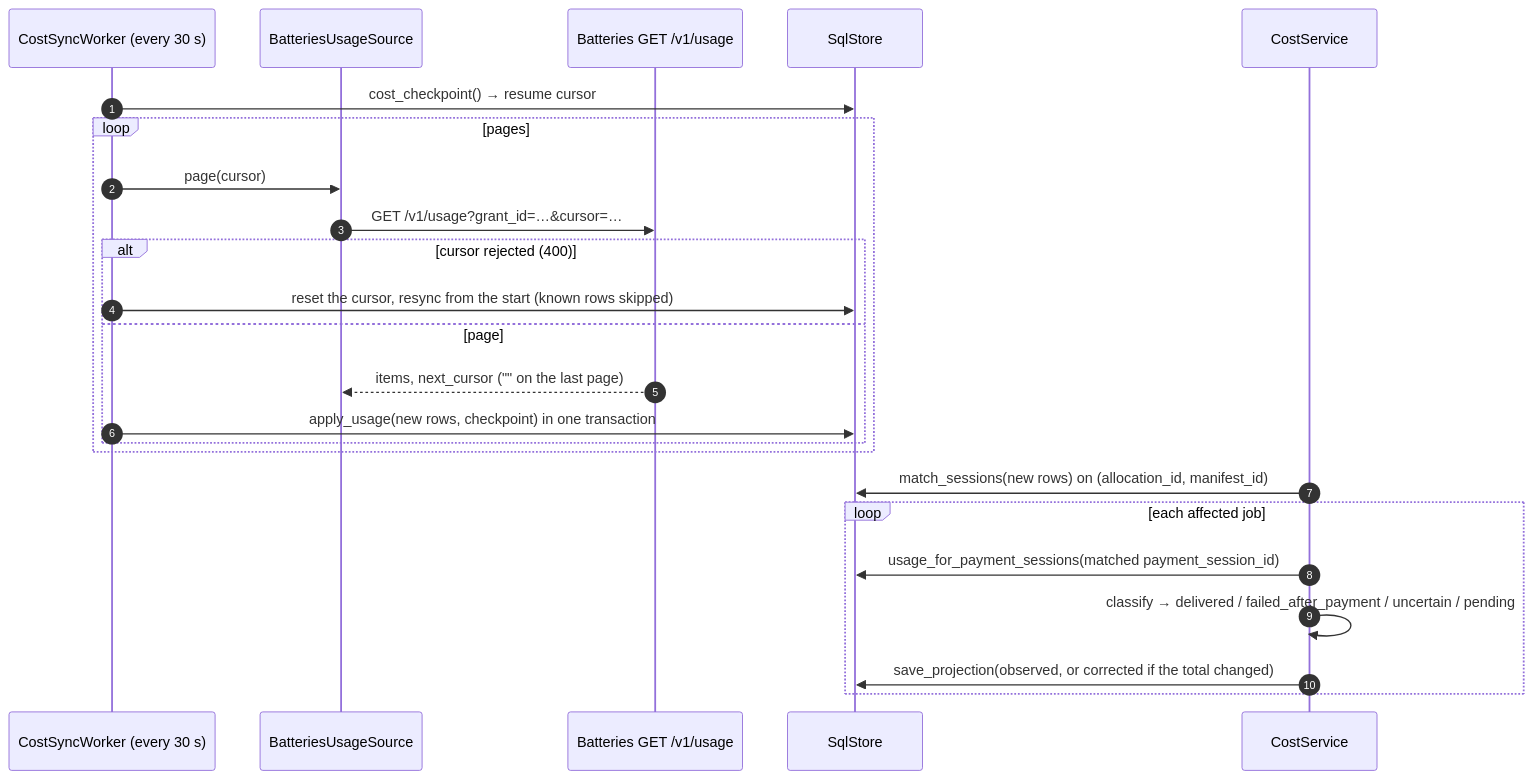
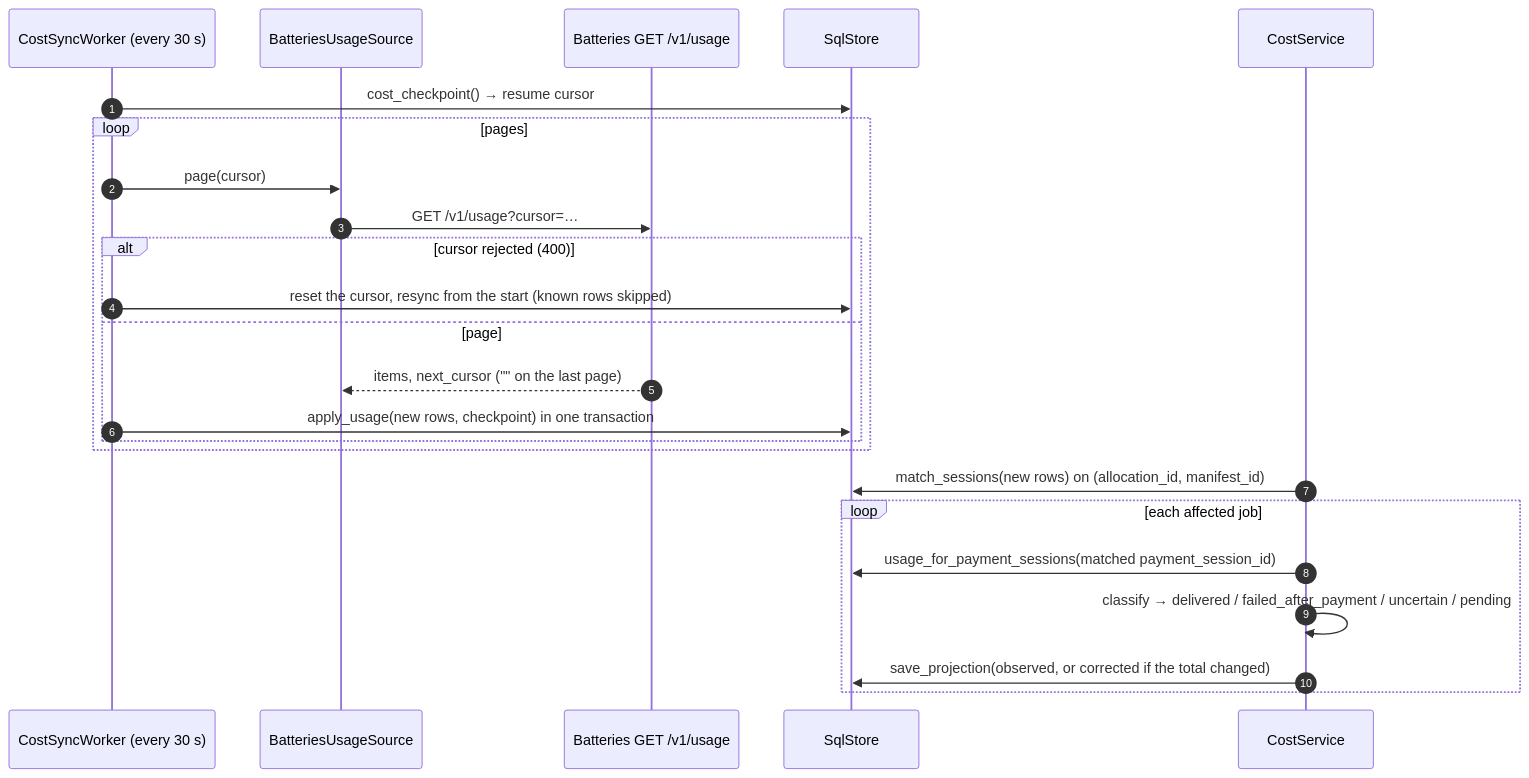
Before and after one commit to NE-Build-Track/livepeer-builder-core: the seventh of 12 diagrams in docs/design-docs/architecture-diagrams.md, drawn with Mermaid. The commit also changed 26 other files, not shown here.

````diff
--- a/docs/design-docs/architecture-diagrams.md
+++ b/docs/design-docs/architecture-diagrams.md
@@ -234,26 +234,26 @@
 ```mermaid
 sequenceDiagram
     autonumber
     participant W as CostSyncWorker (every 30 s)
     participant U as BatteriesUsageSource
     participant Bat as Batteries GET /v1/usage
     participant DB as SqlStore
     participant C as CostService
     W->>DB: cost_checkpoint() → resume cursor
     loop pages
         W->>U: page(cursor)
-        U->>Bat: GET /v1/usage?grant_id=…&cursor=…
+        U->>Bat: GET /v1/usage?cursor=…
         alt cursor rejected (400)
             W->>DB: reset the cursor, resync from the start (known rows skipped)
         else page
             Bat-->>U: items, next_cursor ("" on the last page)
             W->>DB: apply_usage(new rows, checkpoint) in one transaction
         end
     end
     C->>DB: match_sessions(new rows) on (allocation_id, manifest_id)
     loop each affected job
         C->>DB: usage_for_payment_sessions(matched payment_session_id)
         C->>C: classify → delivered / failed_after_payment / uncertain / pending
         C->>DB: save_projection(observed, or corrected if the total changed)
     end
 ```
````
